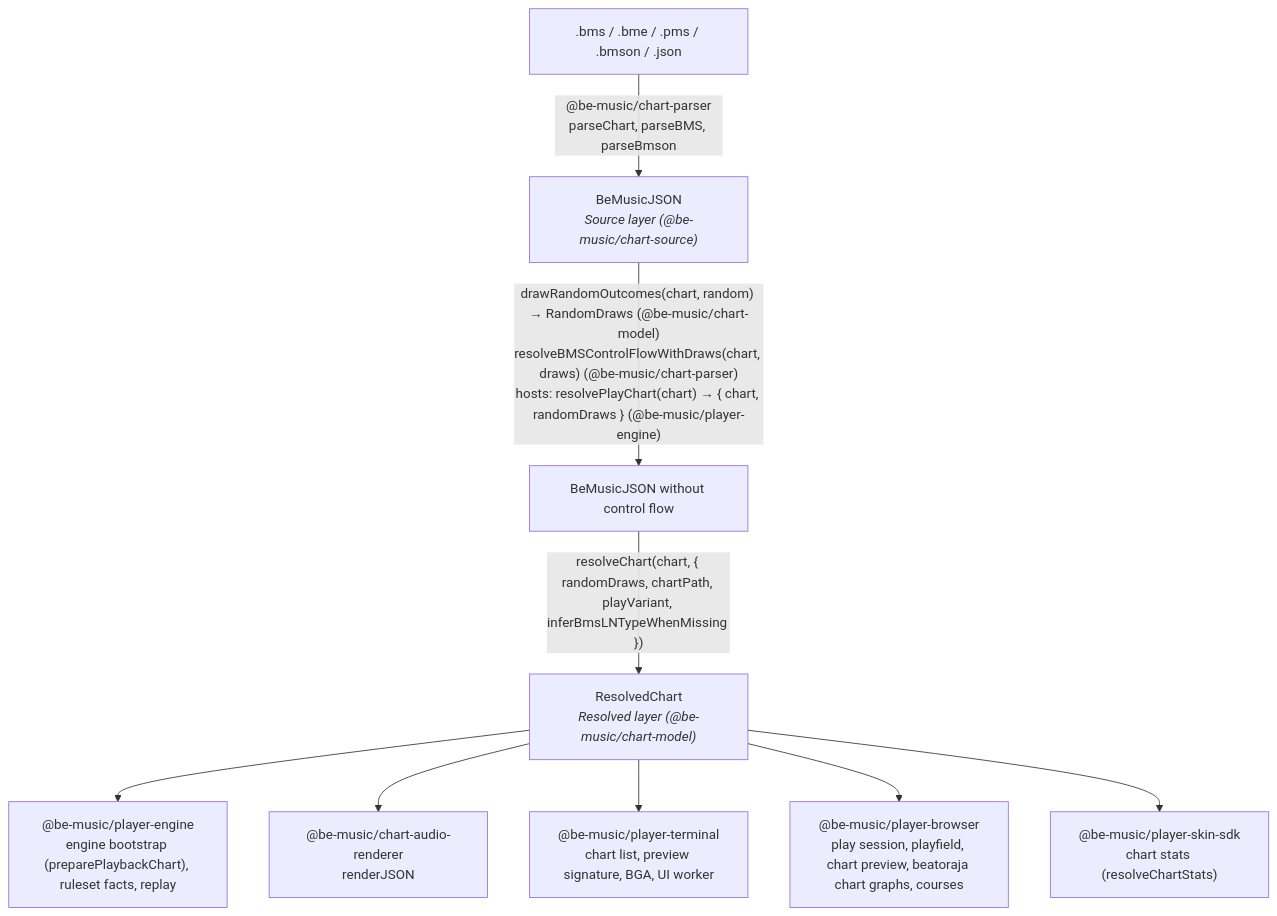
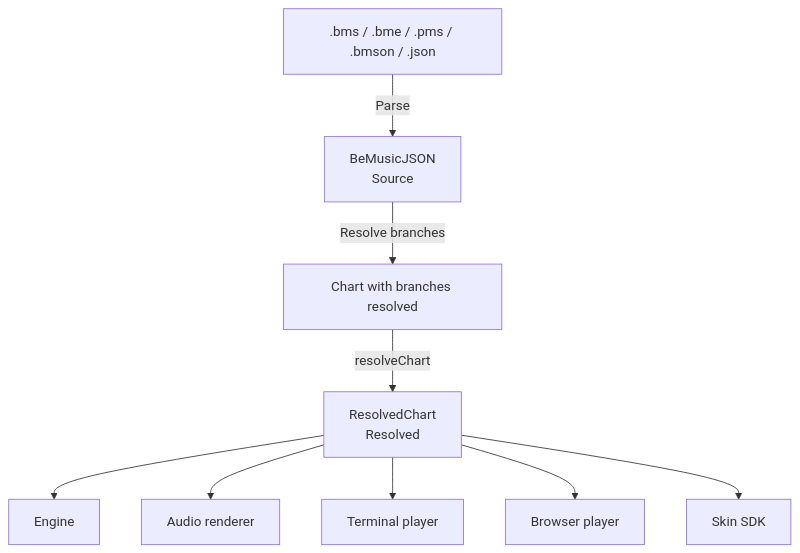
The first of 3 diagrams in docs/architecture.md (nulltask/be-music), drawn with Mermaid before and after one commit. The commit also changed other lines of this file and 33 other files, not shown here.

````diff
--- a/docs/architecture.md
+++ b/docs/architecture.md
@@ -9,21 +9,21 @@
 ```mermaid
 flowchart TD
   files[".bms / .bme / .pms / .bmson / .json"]
-  source["BeMusicJSON<br/><i>Source layer (@be-music/chart-source)</i>"]
-  flat["BeMusicJSON without control flow"]
-  resolved["ResolvedChart<br/><i>Resolved layer (@be-music/chart-model)</i>"]
-  player["@be-music/player-engine<br/>engine bootstrap (preparePlaybackChart), ruleset facts, replay"]
-  renderer["@be-music/chart-audio-renderer<br/>renderJSON"]
-  tui["@be-music/player-terminal<br/>chart list, preview signature, BGA, UI worker"]
-  web["@be-music/player-browser<br/>play session, playfield, chart preview, beatoraja chart graphs, courses"]
-  skin["@be-music/player-skin-sdk<br/>chart stats (resolveChartStats)"]
+  source["BeMusicJSON<br/>Source"]
+  flat["Chart with branches resolved"]
+  resolved["ResolvedChart<br/>Resolved"]
+  player["Engine"]
+  renderer["Audio renderer"]
+  tui["Terminal player"]
+  web["Browser player"]
+  skin["Skin SDK"]
 
-  files -->|"@be-music/chart-parser<br/>parseChart, parseBMS, parseBmson"| source
-  source -->|"drawRandomOutcomes(chart, random) → RandomDraws (@be-music/chart-model)<br/>resolveBMSControlFlowWithDraws(chart, draws) (@be-music/chart-parser)<br/>hosts: resolvePlayChart(chart) → { chart, randomDraws } (@be-music/player-engine)"| flat
-  flat -->|"resolveChart(chart, { randomDraws, chartPath, playVariant, inferBmsLNTypeWhenMissing })"| resolved
+  files -->|"Parse"| source
+  source -->|"Resolve branches"| flat
+  flat -->|"resolveChart"| resolved
   resolved --> player
   resolved --> renderer
   resolved --> tui
   resolved --> web
   resolved --> skin
 ```
````
